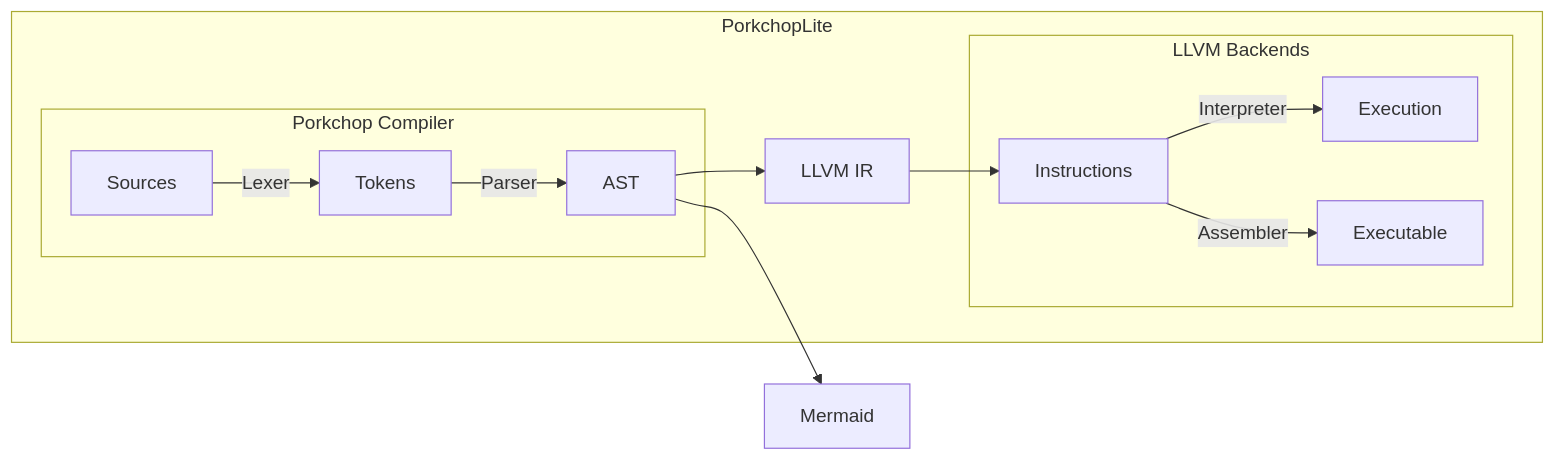
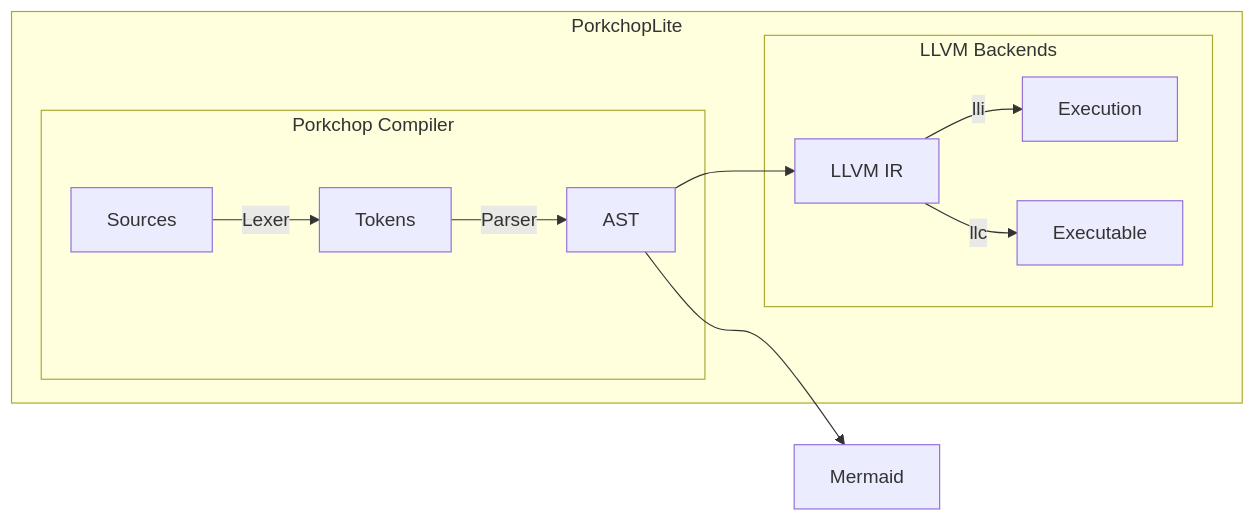
Before and after one commit to Yaossg/PorkchopLite: the diagram in README.md, drawn with Mermaid. The commit also changed other lines of this file and 5 other files, not shown here.

````diff
--- a/README.md
+++ b/README.md
@@ -17,24 +18,24 @@
 ```mermaid
 graph LR
 
 AST-->Mermaid
 
 subgraph PorkchopLite
 
 subgraph Porkchop Compiler
 Sources-->|Lexer|Tokens-->|Parser|AST
 
 
 end
 
-
-AST-->IR["LLVM IR"]-->Instructions
+IR["LLVM IR"]
+AST-->IR
 
 subgraph LLVM Backends
-Instructions-->|Interpreter|Execution
-Instructions-->|Assembler|Executable
+IR-->|lli|Execution
+IR-->|llc|Executable
 end
 
 end
 
 ```
````
